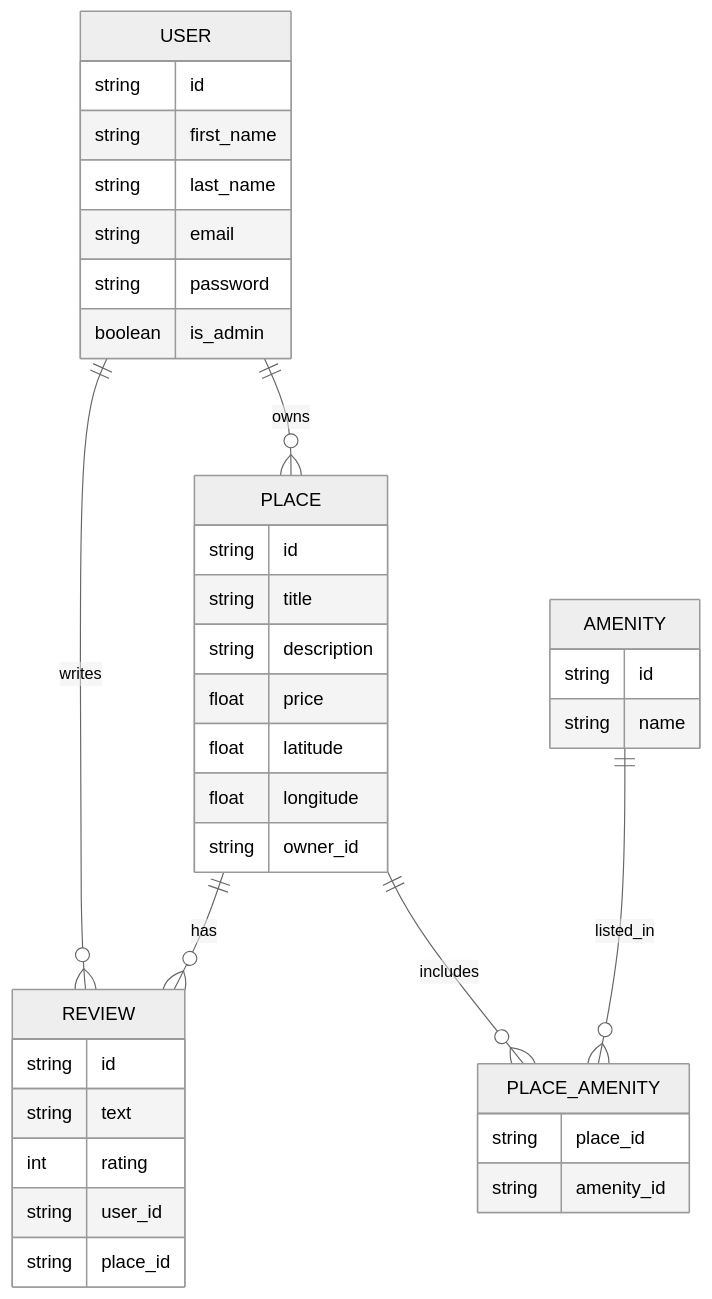
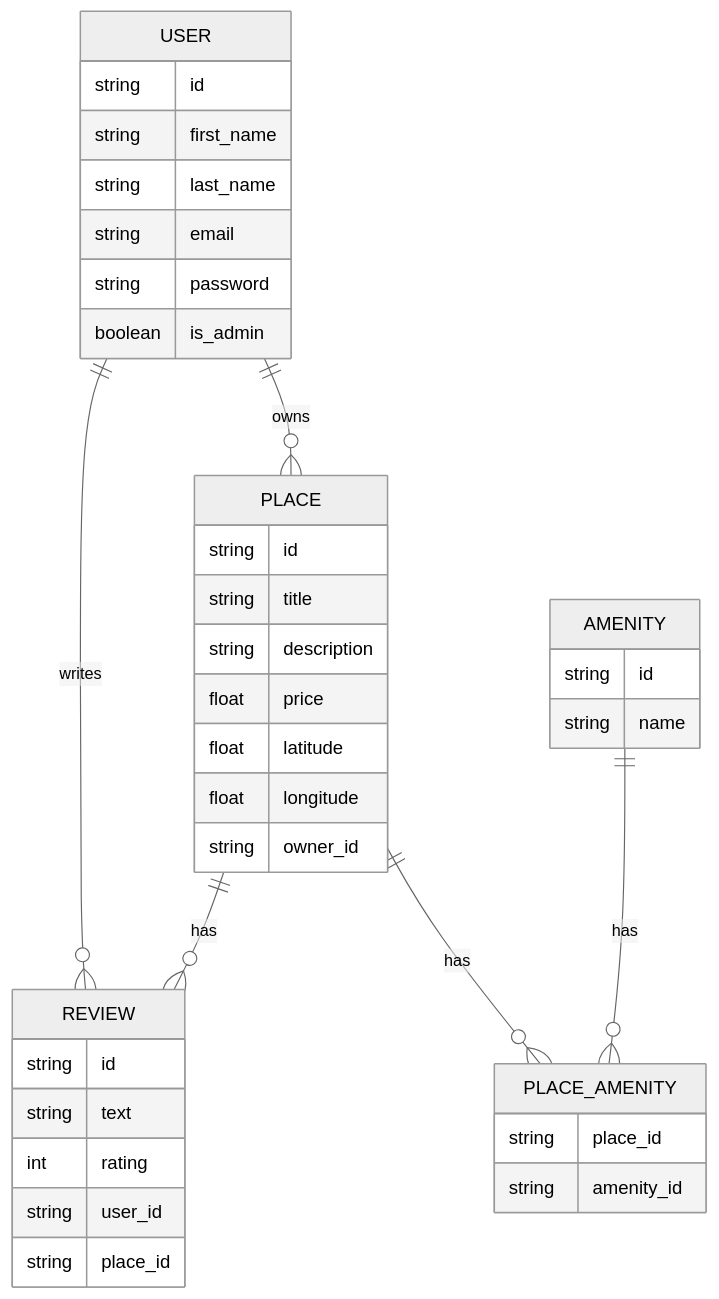
The diagram in part3/hbnb/README.md (JeffToken31/holbertonschool-hbnb), drawn with Mermaid (neutral theme) before and after one commit.

Commit message:
Update relation with place_amenity

````diff
--- a/part3/hbnb/README.md
+++ b/part3/hbnb/README.md
@@ -498,45 +498,45 @@
 ```mermaid
 erDiagram
     USER {
         string id
         string first_name
         string last_name
         string email
         string password
         boolean is_admin
     }
 
     PLACE {
         string id
         string title
         string description
         float price
         float latitude
         float longitude
         string owner_id
     }
 
     REVIEW {
         string id
         string text
         int rating
         string user_id
         string place_id
     }
 
     AMENITY {
         string id
         string name
     }
 
     PLACE_AMENITY {
         string place_id
         string amenity_id
     }
 
     USER ||--o{ PLACE : owns
     USER ||--o{ REVIEW : writes
     PLACE ||--o{ REVIEW : has
-    PLACE ||--o{ PLACE_AMENITY : includes
-    AMENITY ||--o{ PLACE_AMENITY : listed_in
+    PLACE ||--o{ PLACE_AMENITY : has
+    AMENITY ||--o{ PLACE_AMENITY : has
 ```
````
